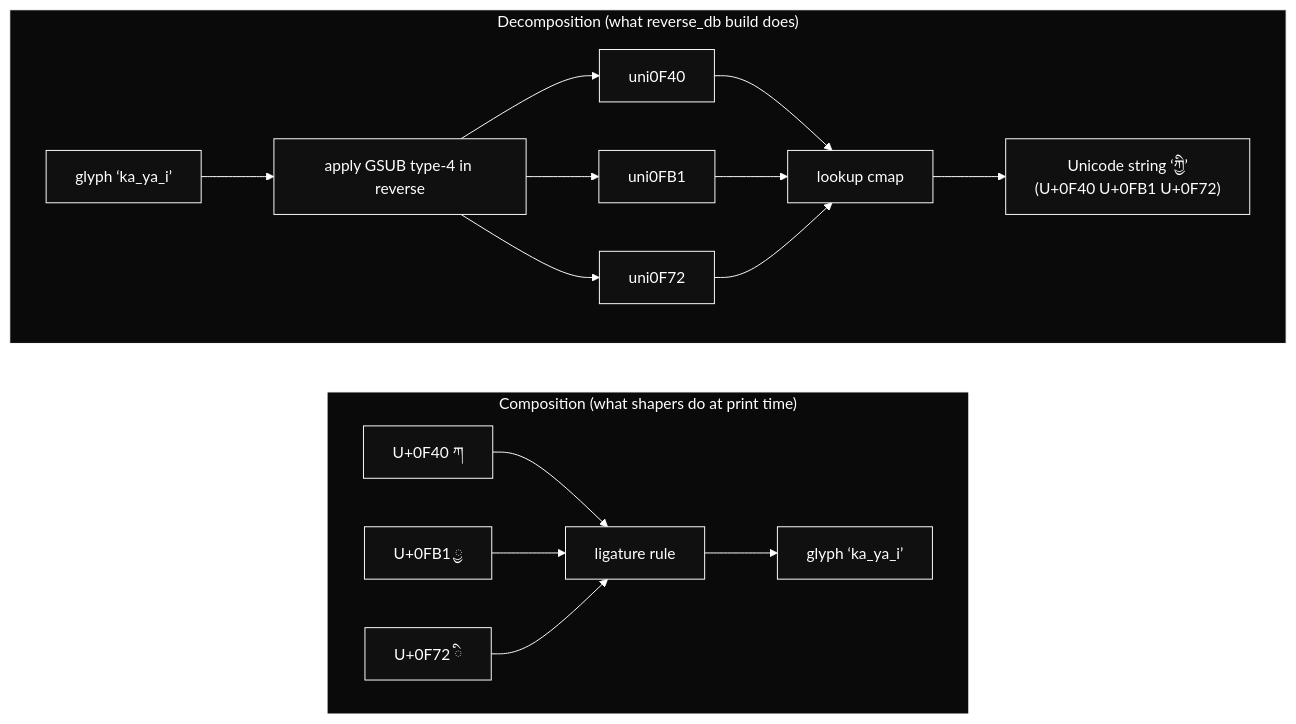
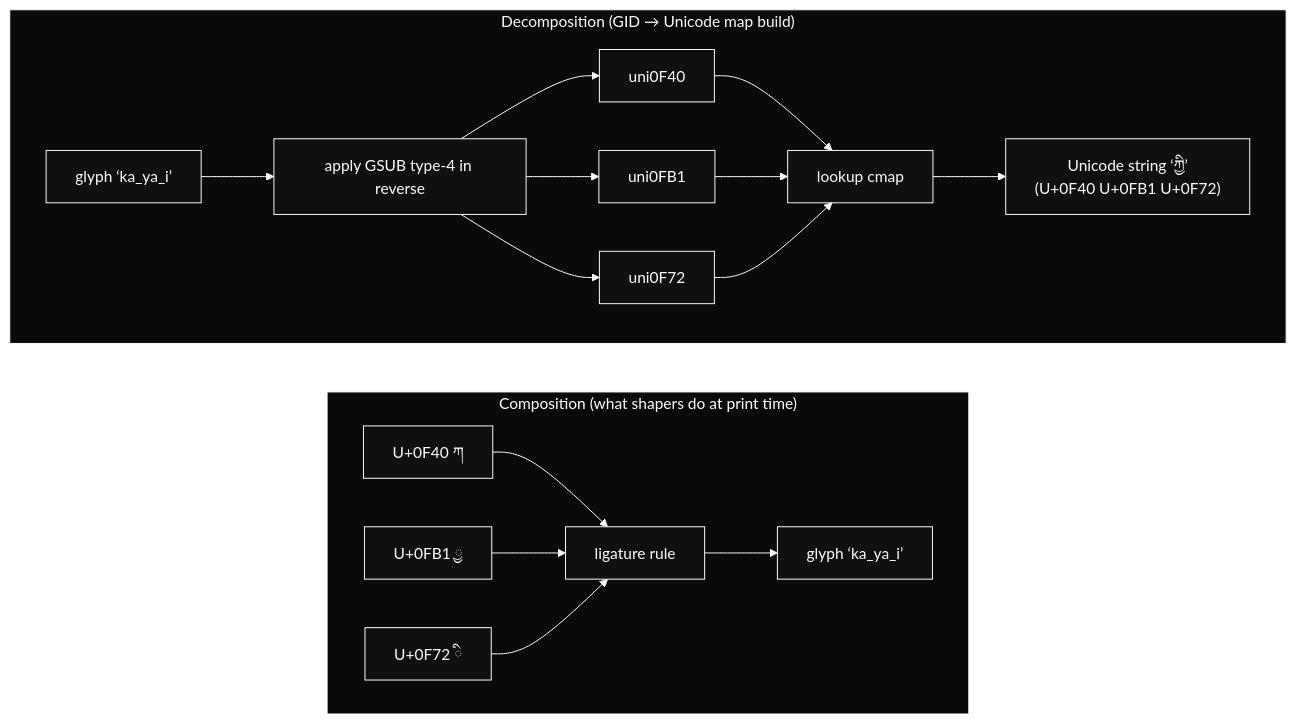
Before and after one commit to OpenPecha/pdf-cmap-fix: the third of 4 diagrams in docs/blog.md, drawn with Mermaid. The commit also changed other lines of this file and 1963 other files, not shown here.

````diff
--- a/docs/blog.md
+++ b/docs/blog.md
@@ -160,23 +160,23 @@
 ```mermaid
 %%{init: {'theme':'base', 'themeVariables': {'background':'#000000','primaryColor':'#151515','primaryTextColor':'#ffffff','primaryBorderColor':'#e8e8e8','secondaryColor':'#151515','tertiaryColor':'#000000','lineColor':'#ffffff','textColor':'#ffffff','mainBkg':'#101010','secondBkg':'#181818','nodeBorder':'#ffffff','clusterBkg':'#0a0a0a','clusterBorder':'#ffffff','clusterTextColor':'#ffffff','titleColor':'#ffffff','edgeLabelBackground':'#000000'}}}%%
 flowchart LR
     subgraph Compose["Composition (what shapers do at print time)"]
       direction LR
       C1["U+0F40 ཀ"] --> CL[ligature rule]
       C2["U+0FB1 ྱ"] --> CL
       C3["U+0F72 ི"] --> CL
       CL --> CG["glyph ‘ka_ya_i’"]
     end
 
-    subgraph Decompose["Decomposition (what reverse_db build does)"]
+    subgraph Decompose["Decomposition (GID → Unicode map build)"]
       direction LR
       DG["glyph ‘ka_ya_i’"] --> DR[apply GSUB type-4 in reverse]
       DR --> D1["uni0F40"]
       DR --> D2["uni0FB1"]
       DR --> D3["uni0F72"]
       D1 --> DC[lookup cmap]
       D2 --> DC
       D3 --> DC
       DC --> DOUT["Unicode string ‘ཀྱི’<br/>(U+0F40 U+0FB1 U+0F72)"]
     end
 ```
````
